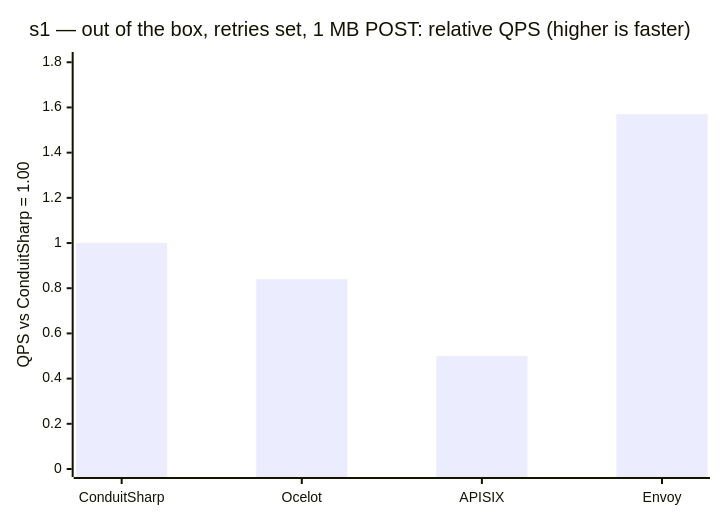
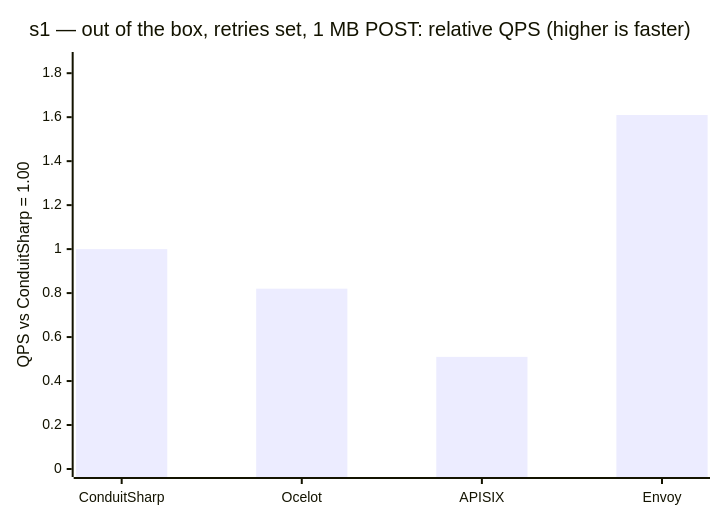
One commit to liqngliz/ConduitSharp changed the sixth of 9 diagrams in README.md. Above: the diagram before and after it, drawn with Mermaid. The commit also changed other lines of this file and 65 other files, not shown here.

````diff
--- a/README.md
+++ b/README.md
@@ -482,7 +427,7 @@
 ```mermaid
 xychart-beta
     title "s1 — out of the box, retries set, 1 MB POST: relative QPS (higher is faster)"
     x-axis ["ConduitSharp", "Ocelot", "APISIX", "Envoy"]
-    y-axis "QPS vs ConduitSharp = 1.00" 0 --> 1.81
-    bar [1.00, 0.84, 0.50, 1.57]
+    y-axis "QPS vs ConduitSharp = 1.00" 0 --> 1.86
+    bar [1.00, 0.82, 0.51, 1.61]
 ```
````
